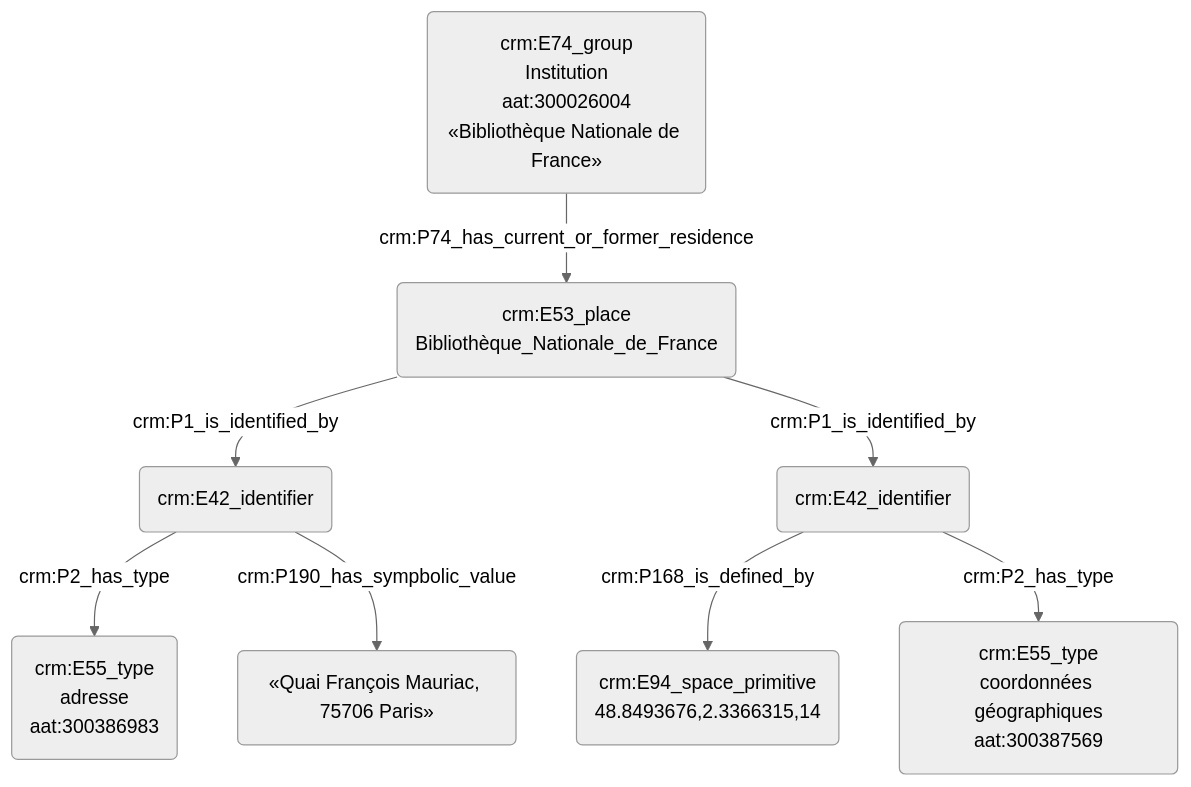
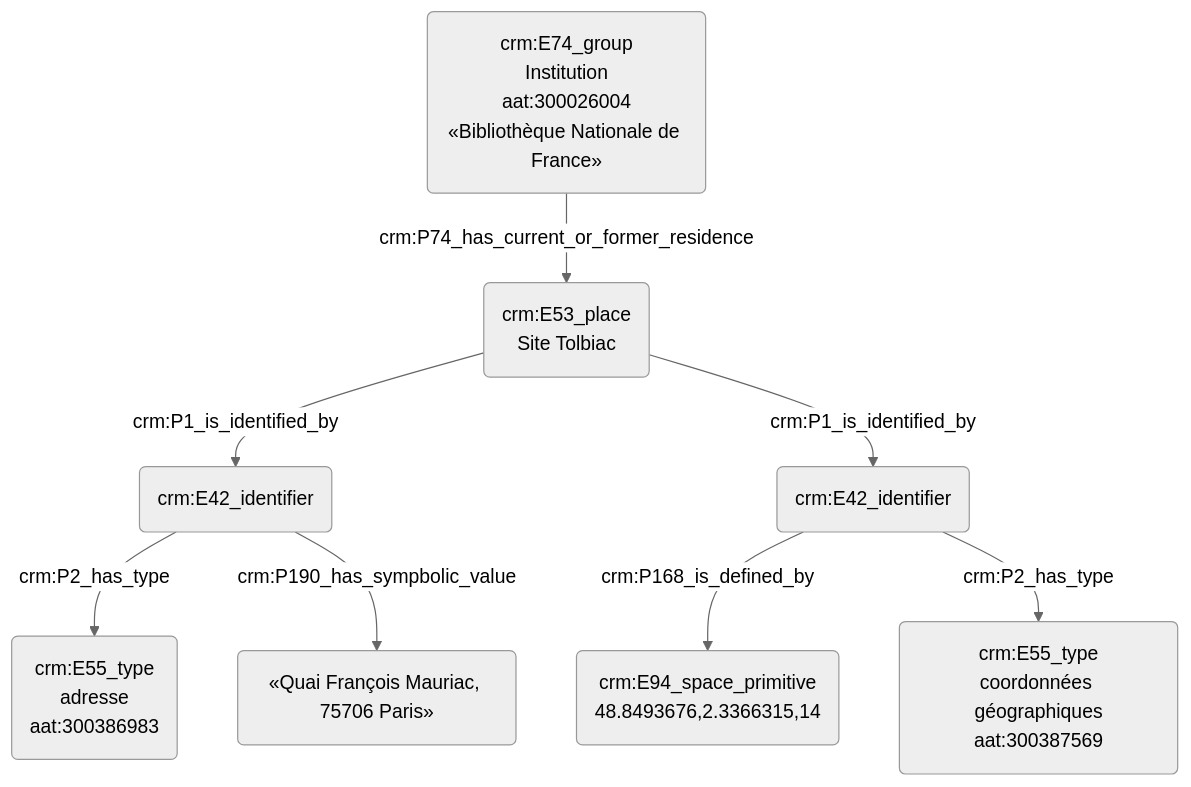
The diagram in modules/livrables/Dossier 2/Indexation conceptuelle/indexation_d_un_lieu.md (Amleth/consortium-musica2-gt2-ontologies), drawn with Mermaid (neutral theme) before and after one commit.

````diff
--- a/modules/livrables/Dossier 2/Indexation conceptuelle/indexation_d_un_lieu.md
+++ b/modules/livrables/Dossier 2/Indexation conceptuelle/indexation_d_un_lieu.md
@@ -17,16 +17,16 @@
 ```mermaid
 graph TD;
 
 A(crm:E53_place<br>Site Tolbiac) --> |crm:P1_is_identified_by| B(crm:E42_identifier)
 A(crm:E53_place<br>Site Tolbiac) --> |crm:P1_is_identified_by| S(crm:E42_identifier)
 S(crm:E42_identifier) --> |crm:P168_is_defined_by| Z(crm:E94_space_primitive<br>48.8493676,2.3366315,14)
 S(crm:E42_identifier) --> |crm:P2_has_type| N(crm:E55_type<br>coordonnées géographiques<br>aat:300387569)
 
 B(crm:E42_identifier) --> |crm:P2_has_type| X(crm:E55_type<br>adresse<br>aat:300386983)
 B(crm:E42_identifier) --> |crm:P190_has_sympbolic_value| Y(«Quai François Mauriac, 75706 Paris»)
 
 
-C(crm:E74_group<br>Institution<br>aat:300026004<br>«Bibliothèque Nationale de France») --> |crm:P74_has_current_or_former_residence| A(crm:E53_place<br>Bibliothèque_Nationale_de_France)
+C(crm:E74_group<br>Institution<br>aat:300026004<br>«Bibliothèque Nationale de France») --> |crm:P74_has_current_or_former_residence| A(crm:E53_place<br>Site Tolbiac)
 
 
 ```
````
